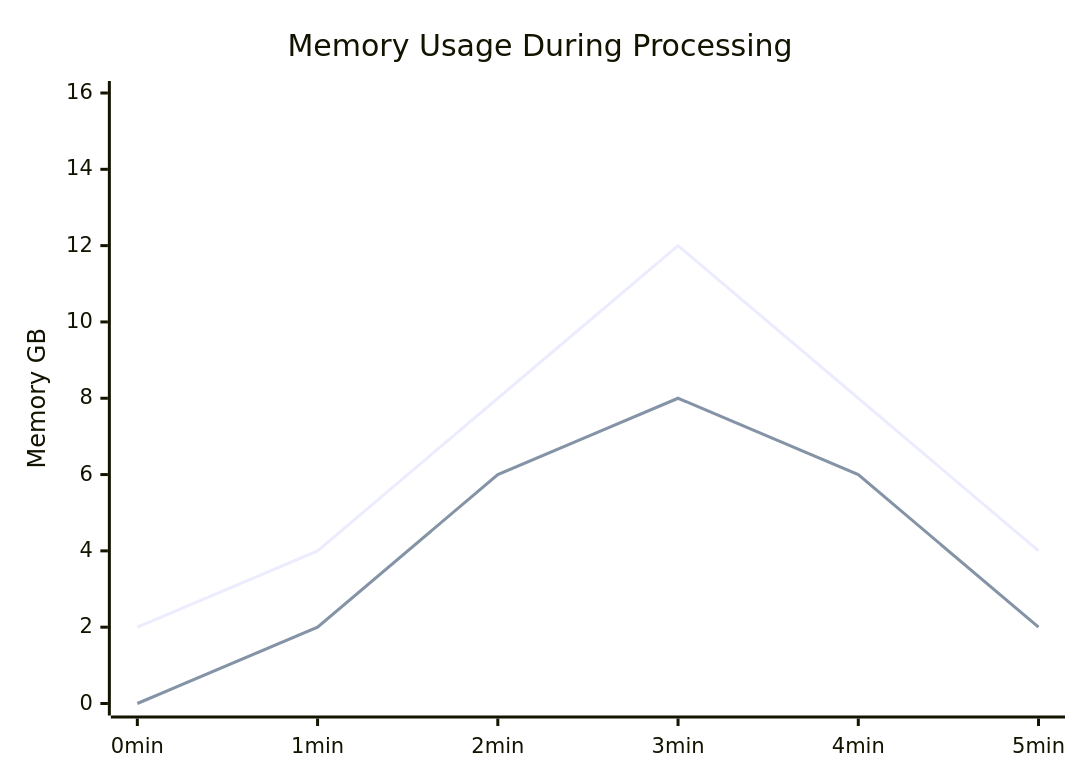
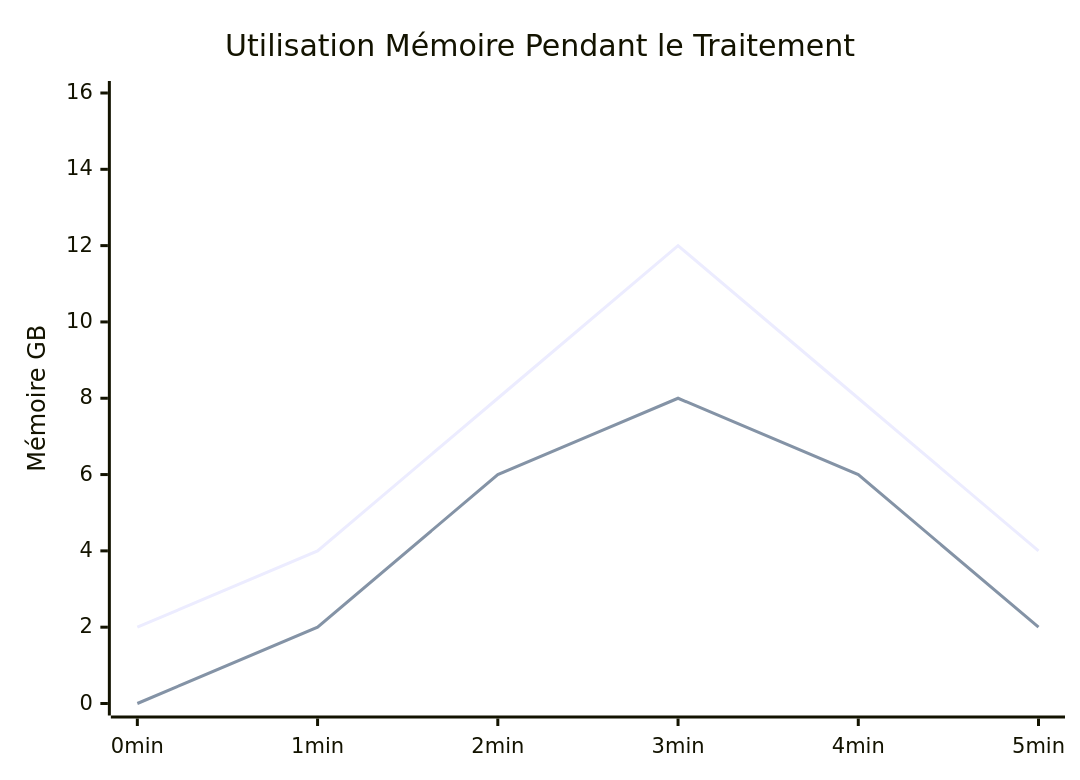
The fourth of 12 diagrams in website/i18n/fr/docusaurus-plugin-content-docs/current/mermaid-reference.md (sducournau/IGN_LIDAR_HD_DATASET), drawn with Mermaid before and after one commit. The commit also changed other lines of this file and 17 other files, not shown here.

````diff
--- a/website/i18n/fr/docusaurus-plugin-content-docs/current/mermaid-reference.md
+++ b/website/i18n/fr/docusaurus-plugin-content-docs/current/mermaid-reference.md
@@ -73,8 +73,8 @@
 ```mermaid
 xychart-beta
-    title "Memory Usage During Processing"
+    title "Utilisation Mémoire Pendant le Traitement"
     x-axis [0min, 1min, 2min, 3min, 4min, 5min]
-    y-axis "Memory GB" 0 --> 16
-    line "RAM Usage" [2, 4, 8, 12, 8, 4]
-    line "GPU Memory" [0, 2, 6, 8, 6, 2]
+    y-axis "Mémoire GB" 0 --> 16
+    line "Utilisation RAM" [2, 4, 8, 12, 8, 4]
+    line "Mémoire GPU" [0, 2, 6, 8, 6, 2]
 ```
````
